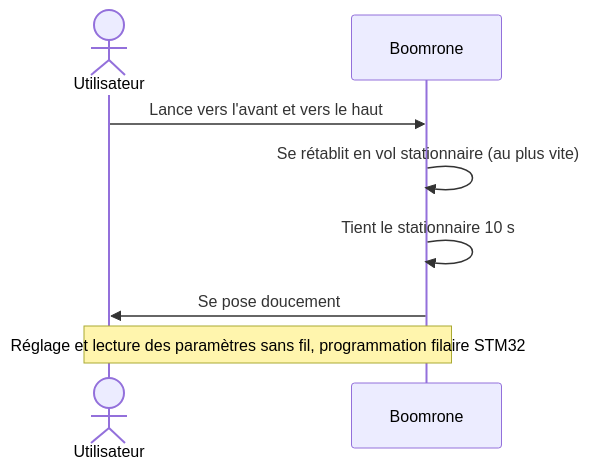
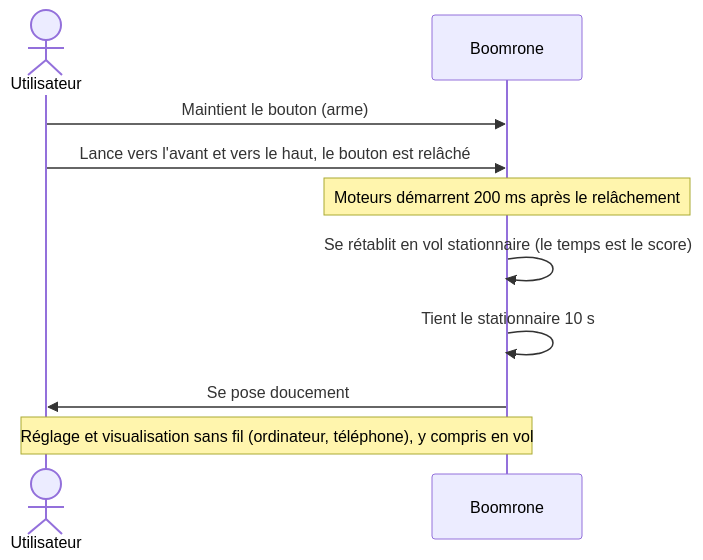
Before and after one commit to thourymatthieu-png/coworker_archi_system: the diagram in projets/boomrone/01-besoins.md, drawn with Mermaid. The commit also changed other lines of this file and 3 other files, not shown here.

````diff
--- a/projets/boomrone/01-besoins.md
+++ b/projets/boomrone/01-besoins.md
@@ -8,10 +8,12 @@
 ```mermaid
 sequenceDiagram
     actor U as Utilisateur
     participant D as Boomrone
-    U->>D: Lance vers l'avant et vers le haut
-    D->>D: Se rétablit en vol stationnaire (au plus vite)
+    U->>D: Maintient le bouton (arme)
+    U->>D: Lance vers l'avant et vers le haut, le bouton est relâché
+    Note over D: Moteurs démarrent 200 ms après le relâchement
+    D->>D: Se rétablit en vol stationnaire (le temps est le score)
     D->>D: Tient le stationnaire 10 s
     D->>U: Se pose doucement
-    Note over U,D: Réglage et lecture des paramètres sans fil, programmation filaire STM32
+    Note over U,D: Réglage et visualisation sans fil (ordinateur, téléphone), y compris en vol
 ```
````
